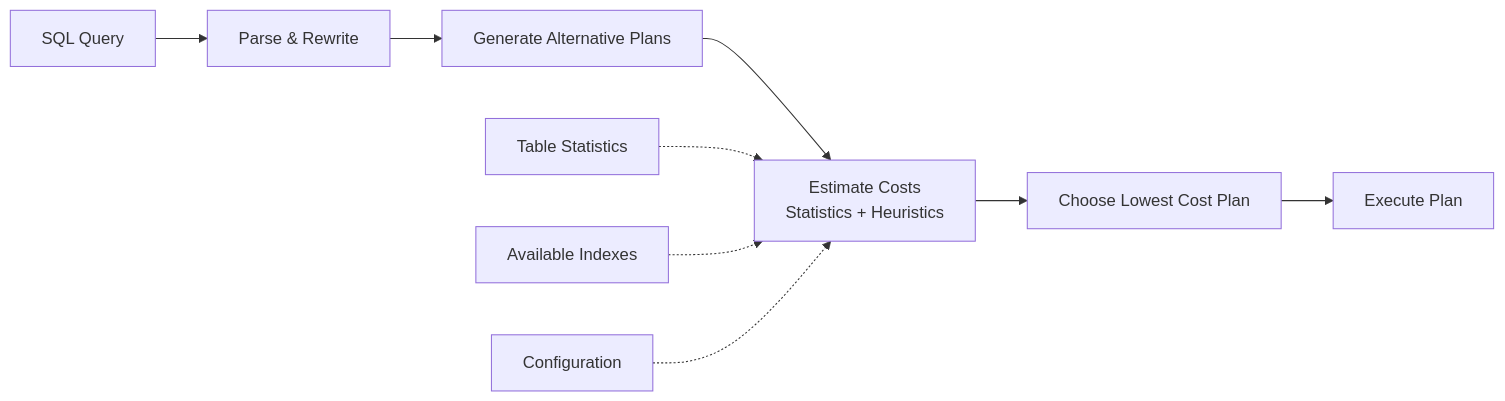
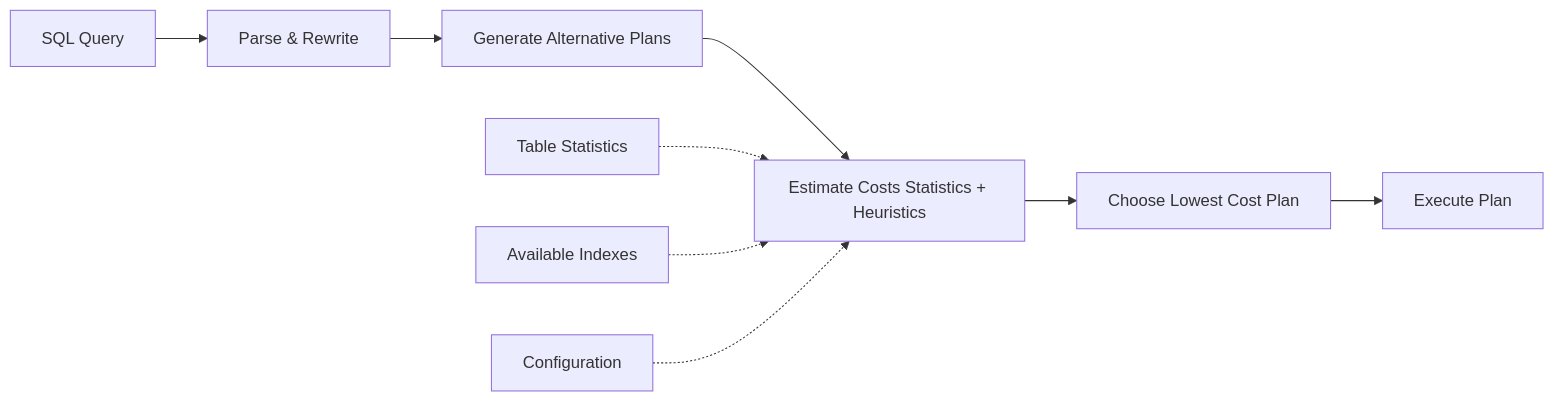
One commit to basharArif/sql-learning-path changed the first of 4 diagrams in theory/3-query-plans-and-cost-models.md. Above: the diagram before and after it, drawn with Mermaid. The commit also changed 12 other files, not shown here.

Commit message:
Fix Mermaid diagrams in remaining files: Replace \n with spaces for proper rendering

````diff
--- a/theory/3-query-plans-and-cost-models.md
+++ b/theory/3-query-plans-and-cost-models.md
@@ -36,12 +36,12 @@
 ```mermaid
 graph LR
     A[SQL Query] --> B[Parse & Rewrite]
     B --> C[Generate Alternative Plans]
-    C --> D[Estimate Costs\nStatistics + Heuristics]
+    C --> D[Estimate Costs Statistics + Heuristics]
     D --> E[Choose Lowest Cost Plan]
     E --> F[Execute Plan]
     
     G[Table Statistics] -.-> D
     H[Available Indexes] -.-> D
     I[Configuration] -.-> D
 ```
````
